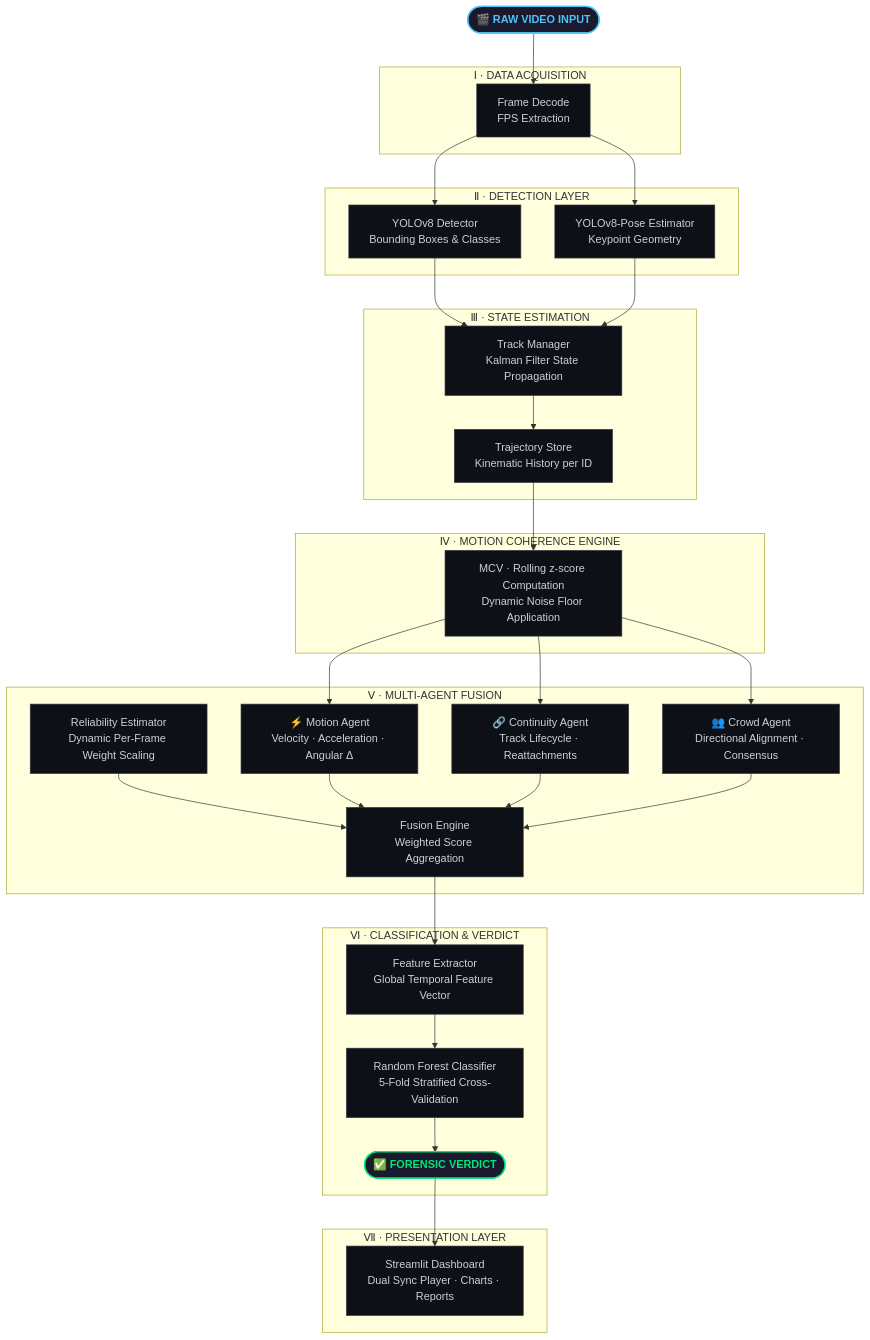
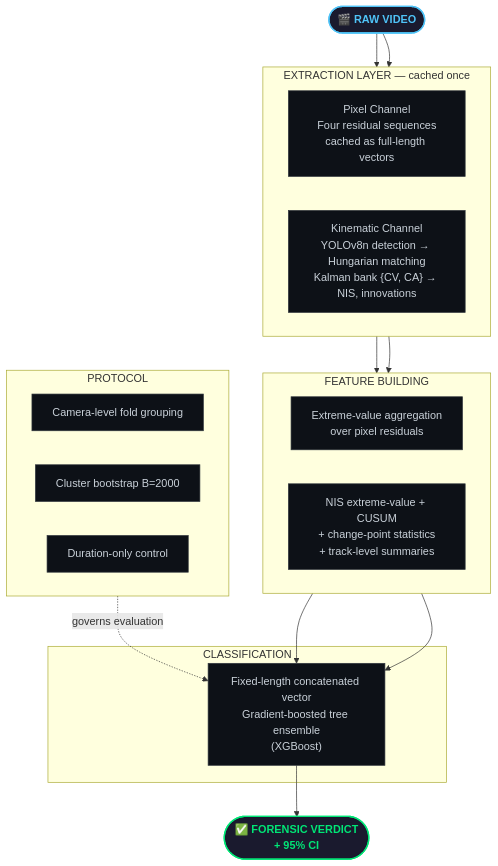
Before and after one commit to yashwanth-maram/CoheRex_: the first of 3 diagrams in README.md, drawn with Mermaid. The commit also changed other lines of this file, not shown here.

First line of the commit message:
docs: rewrite README with authentic paper data from CoheRex (2025)

````diff
--- a/README.md
+++ b/README.md
@@ -127,60 +121,38 @@
 ```mermaid
 flowchart TD
-    A(["🎬  RAW VIDEO INPUT"]):::start
+    A(["🎬  RAW VIDEO"]):::start
 
-    subgraph S1["  Ⅰ · DATA ACQUISITION  "]
-        B["Frame Decode\nFPS Extraction"]
+    subgraph EX["  EXTRACTION LAYER — cached once  "]
+        direction LR
+        P["Pixel Channel\nFour residual sequences\ncached as full-length vectors"]
+        K["Kinematic Channel\nYOLOv8n detection → Hungarian matching\nKalman bank {CV, CA} → NIS, innovations"]
     end
 
-    subgraph S2["  Ⅱ · DETECTION LAYER  "]
-        C["YOLOv8 Detector\nBounding Boxes & Classes"]
-        D["YOLOv8-Pose Estimator\nKeypoint Geometry"]
+    subgraph FB["  FEATURE BUILDING  "]
+        direction LR
+        PF["Extreme-value aggregation\nover pixel residuals"]
+        KF["NIS extreme-value + CUSUM\n+ change-point statistics\n+ track-level summaries"]
     end
 
-    subgraph S3["  Ⅲ · STATE ESTIMATION  "]
-        E["Track Manager\nKalman Filter State Propagation"]
-        F["Trajectory Store\nKinematic History per ID"]
+    subgraph CL["  CLASSIFICATION  "]
+        CC["Fixed-length concatenated vector\nGradient-boosted tree ensemble\n(XGBoost)"]
     end
 
-    subgraph S4["  Ⅳ · MOTION COHERENCE ENGINE  "]
-        G["MCV · Rolling z-score Computation\nDynamic Noise Floor Application"]
+    subgraph PR["  PROTOCOL  "]
+        direction LR
+        G["Camera-level fold grouping"]
+        B["Cluster bootstrap B=2000"]
+        D["Duration-only control"]
     end
 
-    subgraph S5["  Ⅴ · MULTI-AGENT FUSION  "]
-        H1["⚡ Motion Agent\nVelocity · Acceleration · Angular Δ"]
-        H2["🔗 Continuity Agent\nTrack Lifecycle · Reattachments"]
-        H3["👥 Crowd Agent\nDirectional Alignment · Consensus"]
-        K["Reliability Estimator\nDynamic Per-Frame Weight Scaling"]
-        J["Fusion Engine\nWeighted Score Aggregation"]
-    end
-
-    subgraph S6["  Ⅵ · CLASSIFICATION & VERDICT  "]
-        L["Feature Extractor\nGlobal Temporal Feature Vector"]
-        M["Random Forest Classifier\n5-Fold Stratified Cross-Validation"]
-        N(["✅  FORENSIC VERDICT"]):::verdict
-    end
-
-    subgraph S7["  Ⅶ · PRESENTATION LAYER  "]
-        O["Streamlit Dashboard\nDual Sync Player · Charts · Reports"]
-    end
-
-    A --> B
-    B --> C & D
-    C --> E
-    D --> E
-    E --> F
-    F --> G
-    G --> H1 & H2 & H3
-    K --> J
-    H1 --> J
-    H2 --> J
-    H3 --> J
-    J --> L
-    L --> M
-    M --> N
-    N --> O
+    A --> P & K
+    P --> PF
+    K --> KF
+    PF & KF --> CC
+    CC --> V(["✅  FORENSIC VERDICT\n+ 95% CI"]):::verdict
+    PR -.->|"governs evaluation"| CC
 
     classDef start fill:#1a1a2e,stroke:#4fc3f7,stroke-width:2px,color:#4fc3f7,font-weight:bold
     classDef verdict fill:#1a1a2e,stroke:#00e676,stroke-width:2px,color:#00e676,font-weight:bold
     classDef default fill:#0d1117,stroke:#30363d,stroke-width:1px,color:#c9d1d9
 ```
````
